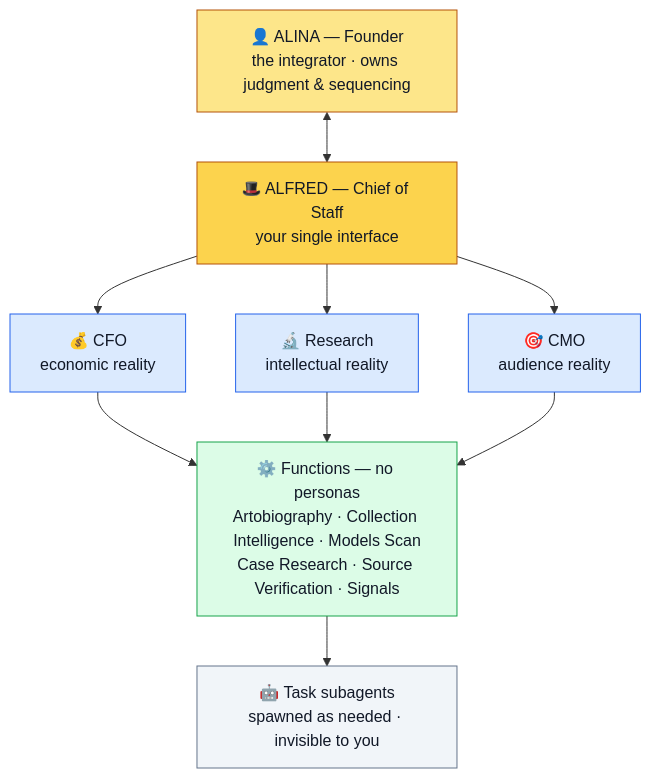
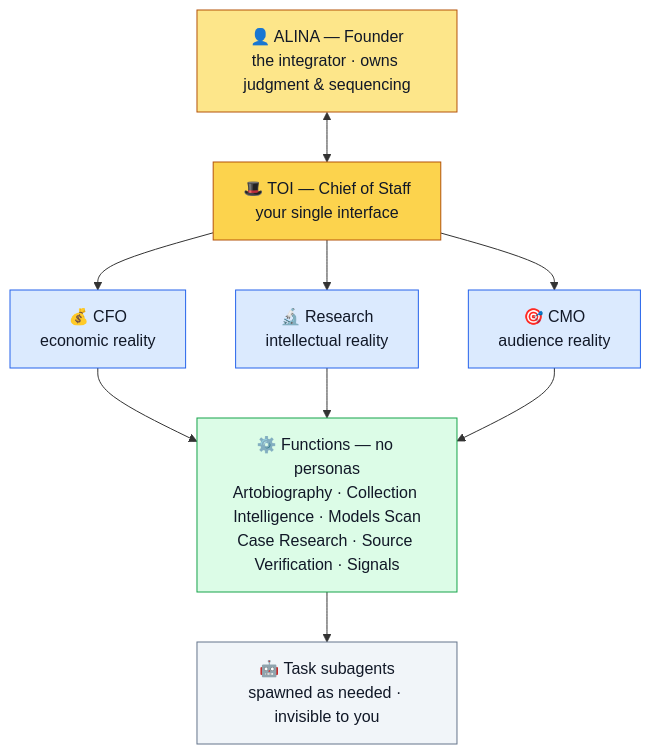
One commit to alinaokun/nariway-art changed the diagram in company/executive-model.md. Above: the diagram before and after it, drawn with Mermaid. The commit also changed other lines of this file and 3 other files, not shown here.

Commit message:
Rename Chief of Staff: Alfred -> Toi (te reo Maori; knowledge/art/skill)

````diff
--- a/company/executive-model.md
+++ b/company/executive-model.md
@@ -7,30 +7,30 @@
 ```mermaid
 flowchart TD
     A["👤 ALINA — Founder<br/>the integrator · owns judgment & sequencing"]
-    ALF["🎩 ALFRED — Chief of Staff<br/>your single interface"]
+    ALF["🎩 TOI — Chief of Staff<br/>your single interface"]
     CFO["💰 CFO<br/>economic reality"]
     RES["🔬 Research<br/>intellectual reality"]
     CMO["🎯 CMO<br/>audience reality"]
     FUN["⚙️ Functions — no personas<br/>Artobiography · Collection Intelligence · Models Scan<br/>Case Research · Source Verification · Signals"]
     SUB["🤖 Task subagents<br/>spawned as needed · invisible to you"]
 
     A <--> ALF
     ALF --> CFO
     ALF --> RES
     ALF --> CMO
     CFO --> FUN
     RES --> FUN
     CMO --> FUN
     FUN --> SUB
 
     classDef founder fill:#fde68a,stroke:#b45309,color:#111827;
     classDef cos fill:#fcd34d,stroke:#b45309,color:#111827;
     classDef lens fill:#dbeafe,stroke:#2563eb,color:#111827;
     classDef fun fill:#dcfce7,stroke:#16a34a,color:#111827;
     classDef sub fill:#f1f5f9,stroke:#64748b,color:#111827;
     class A founder;
     class ALF cos;
     class CFO,RES,CMO lens;
     class FUN fun;
     class SUB sub;
 ```
````
